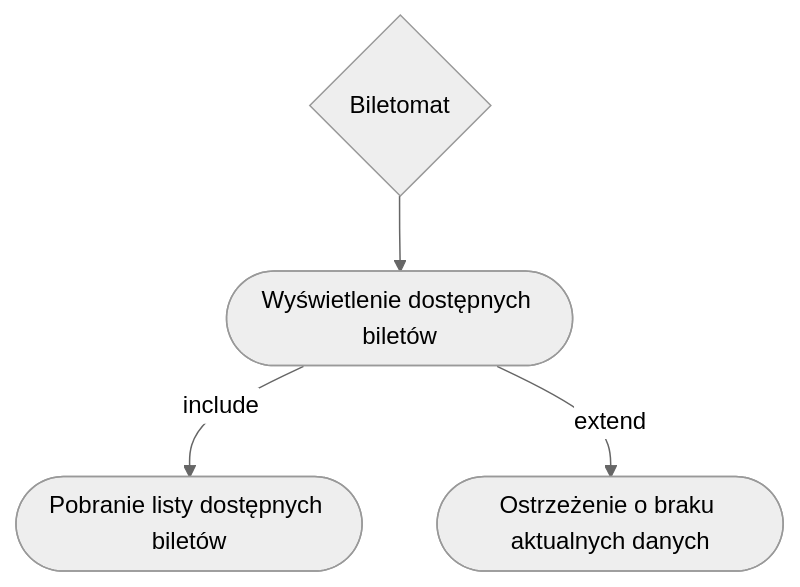
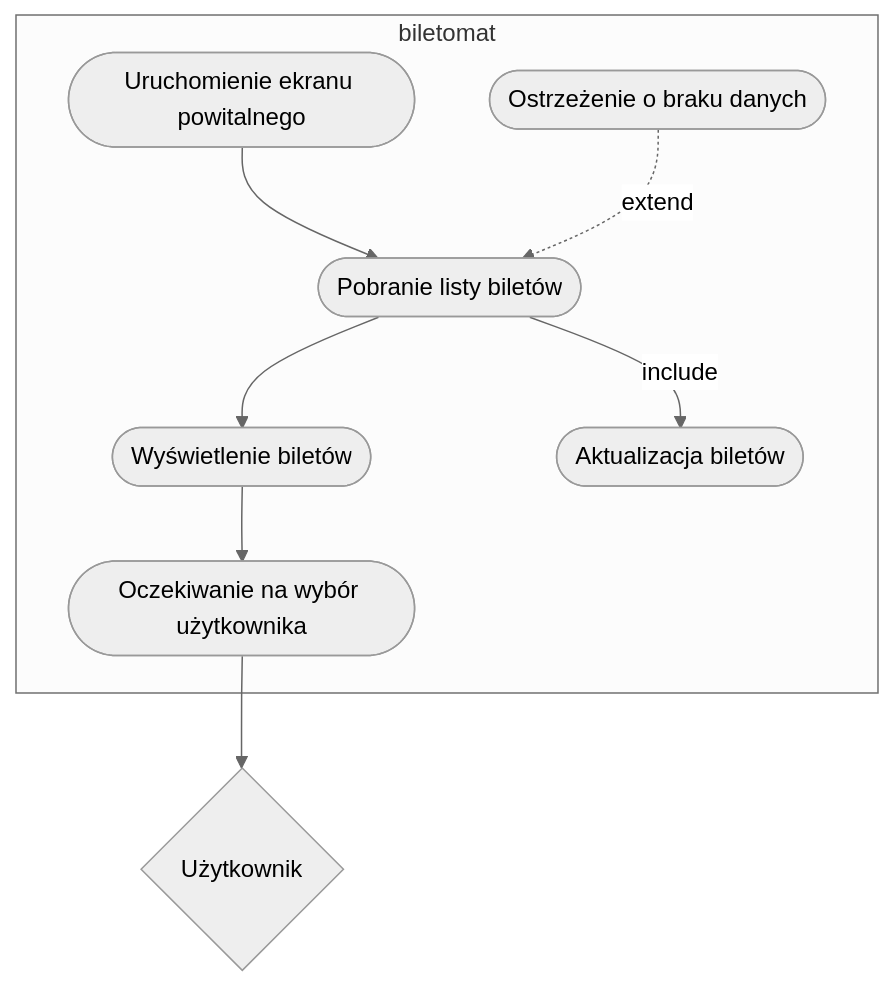
Before and after one commit to pilukal/MWO: the third of 5 diagrams in biletomat.md, drawn with Mermaid (neutral theme). The commit also changed other lines of this file, not shown here.

````diff
--- a/biletomat.md
+++ b/biletomat.md
@@ -64,11 +64,25 @@
 ```mermaid
 flowchart TD
-    biletomat{Biletomat}
-    wyswietlenie_dostepnych_biletow([Wyświetlenie dostępnych biletów])
-    pobranie_listy_dostepnych_biletow([Pobranie listy dostępnych biletów])
-    ostrzezenie_o_braku_aktualnych_danych([Ostrzeżenie o braku aktualnych danych])
     
-    biletomat --> wyswietlenie_dostepnych_biletow
-    wyswietlenie_dostepnych_biletow --> |include| pobranie_listy_dostepnych_biletow
-    wyswietlenie_dostepnych_biletow --> |extend| ostrzezenie_o_braku_aktualnych_danych
+    Uzytkownik{Użytkownik}
+    Oczekiwanie_na_wybor_uzytkownika --> Uzytkownik
+
+    subgraph biletomat
+    
+    Uruchomienie_ekranu_powitalnego([Uruchomienie ekranu powitalnego])
+    Pobranie_listy_biletow([Pobranie listy biletów])
+    Wyswietlenie_biletow([Wyświetlenie biletów])
+    Oczekiwanie_na_wybor_uzytkownika([Oczekiwanie na wybór użytkownika])
+
+    Aktualizacja_biletow([Aktualizacja biletów])
+    Ostrzezenie_o_braku_danych([Ostrzeżenie o braku danych])
+
+
+    Uruchomienie_ekranu_powitalnego --> Pobranie_listy_biletow
+    Pobranie_listy_biletow --> Wyswietlenie_biletow
+    Wyswietlenie_biletow --> Oczekiwanie_na_wybor_uzytkownika
+
+    Pobranie_listy_biletow --> |include| Aktualizacja_biletow
+    Ostrzezenie_o_braku_danych -.-> |extend| Pobranie_listy_biletow
+    end
 ```
````
